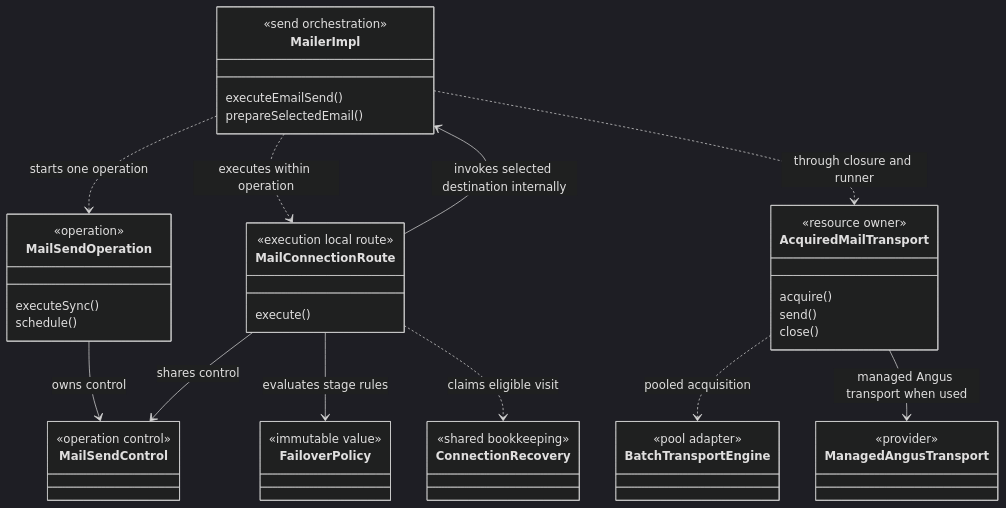
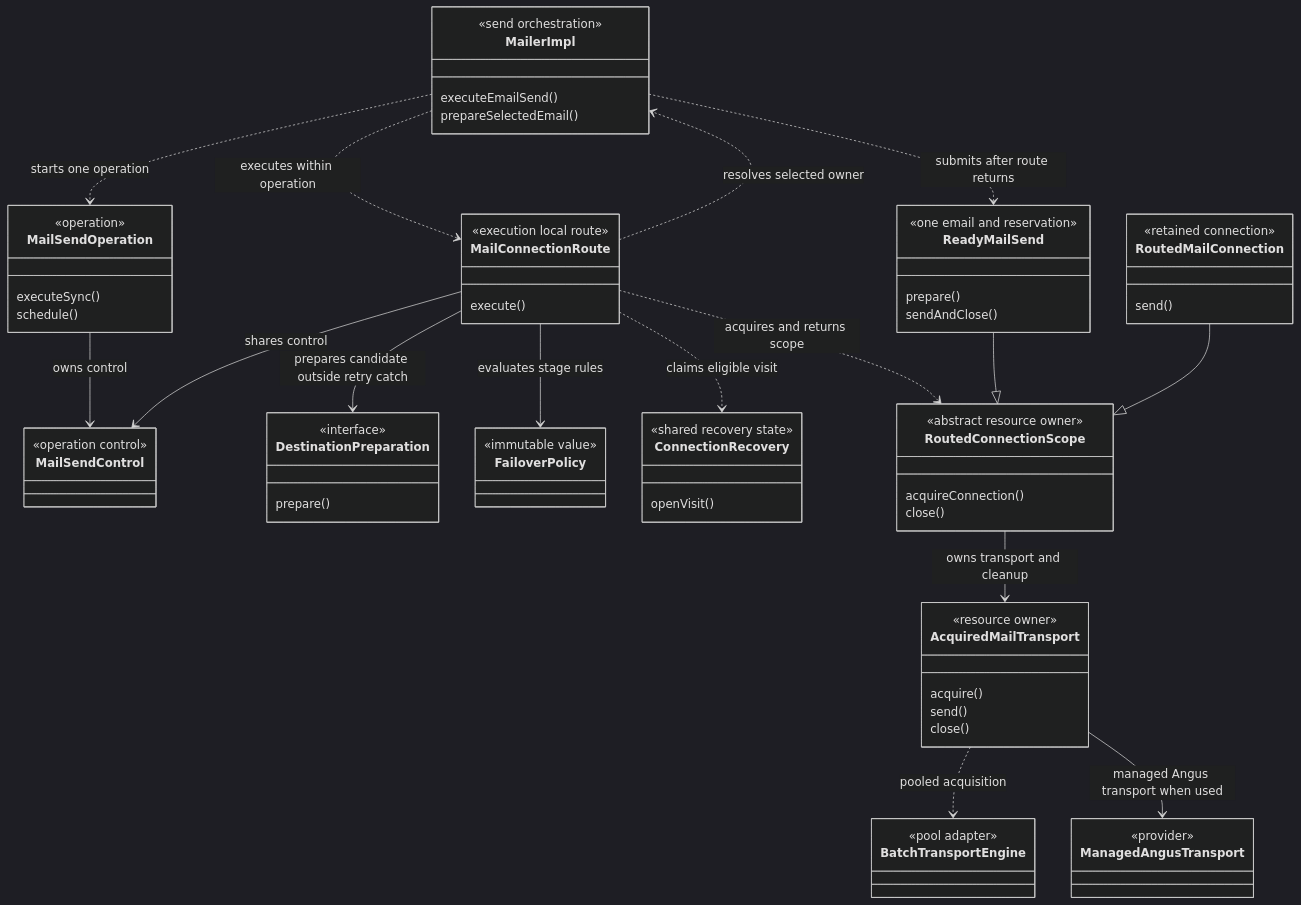
The first of 6 diagrams in docs/failover/architecture.md (bbottema/simple-java-mail), drawn with Mermaid (dark theme) before and after one commit. The commit also changed other lines of this file and 17 other files, not shown here.

````diff
--- a/docs/failover/architecture.md
+++ b/docs/failover/architecture.md
@@ -44,49 +45,73 @@
 ```mermaid
 classDiagram
     direction TB
     class MailerImpl {
         <<send orchestration>>
         executeEmailSend()
         prepareSelectedEmail()
     }
     class MailSendOperation {
         <<operation>>
         executeSync()
         schedule()
     }
     class MailSendControl {
         <<operation control>>
     }
     class MailConnectionRoute {
         <<execution local route>>
         execute()
     }
+    class DestinationPreparation {
+        <<interface>>
+        prepare()
+    }
     class FailoverPolicy {
         <<immutable value>>
     }
     class ConnectionRecovery {
-        <<shared bookkeeping>>
+        <<shared recovery state>>
+        openVisit()
+    }
+    class RoutedConnectionScope {
+        <<abstract resource owner>>
+        acquireConnection()
+        close()
+    }
+    class ReadyMailSend {
+        <<one email and reservation>>
+        prepare()
+        sendAndClose()
+    }
+    class RoutedMailConnection {
+        <<retained connection>>
+        send()
     }
     class AcquiredMailTransport {
         <<resource owner>>
         acquire()
         send()
         close()
     }
     class BatchTransportEngine {
         <<pool adapter>>
     }
     class ManagedAngusTransport {
         <<provider>>
     }
     MailerImpl ..> MailSendOperation : starts one operation
     MailSendOperation --> MailSendControl : owns control
     MailerImpl ..> MailConnectionRoute : executes within operation
     MailConnectionRoute --> MailSendControl : shares control
     MailConnectionRoute --> FailoverPolicy : evaluates stage rules
     MailConnectionRoute ..> ConnectionRecovery : claims eligible visit
-    MailConnectionRoute --> MailerImpl : invokes selected destination internally
-    MailerImpl ..> AcquiredMailTransport : through closure and runner
+    MailConnectionRoute ..> MailerImpl : resolves selected owner
+    MailConnectionRoute --> DestinationPreparation : prepares candidate outside retry catch
+    MailConnectionRoute ..> RoutedConnectionScope : acquires and returns scope
+    ReadyMailSend --|> RoutedConnectionScope
+    RoutedMailConnection --|> RoutedConnectionScope
+    RoutedConnectionScope --> AcquiredMailTransport : owns transport and cleanup
+    MailerImpl ..> ReadyMailSend : submits after route returns
     AcquiredMailTransport ..> BatchTransportEngine : pooled acquisition
     AcquiredMailTransport --> ManagedAngusTransport : managed Angus transport when used
 ```
````
